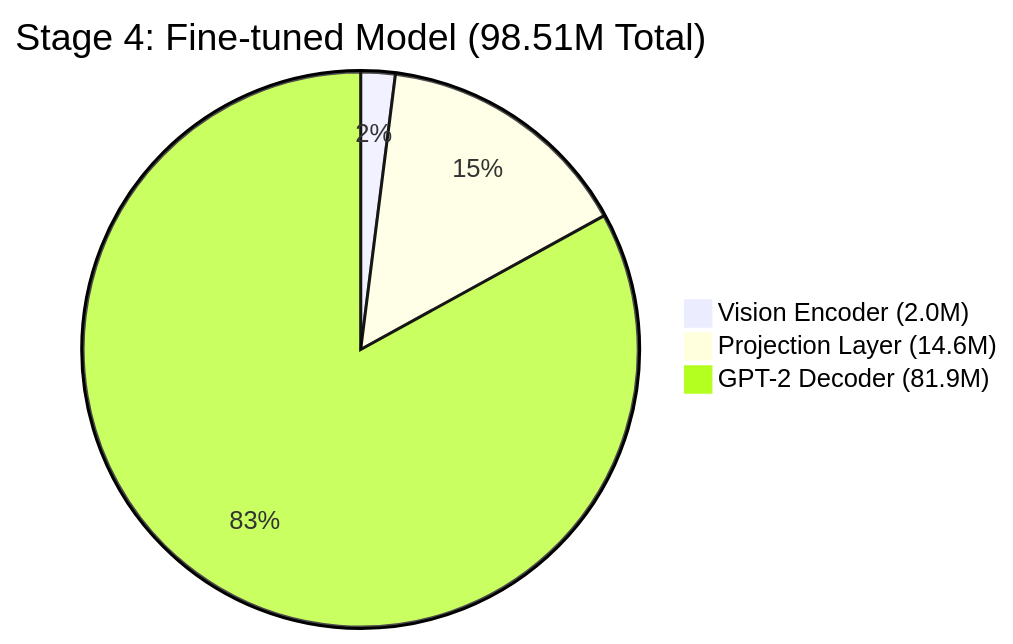
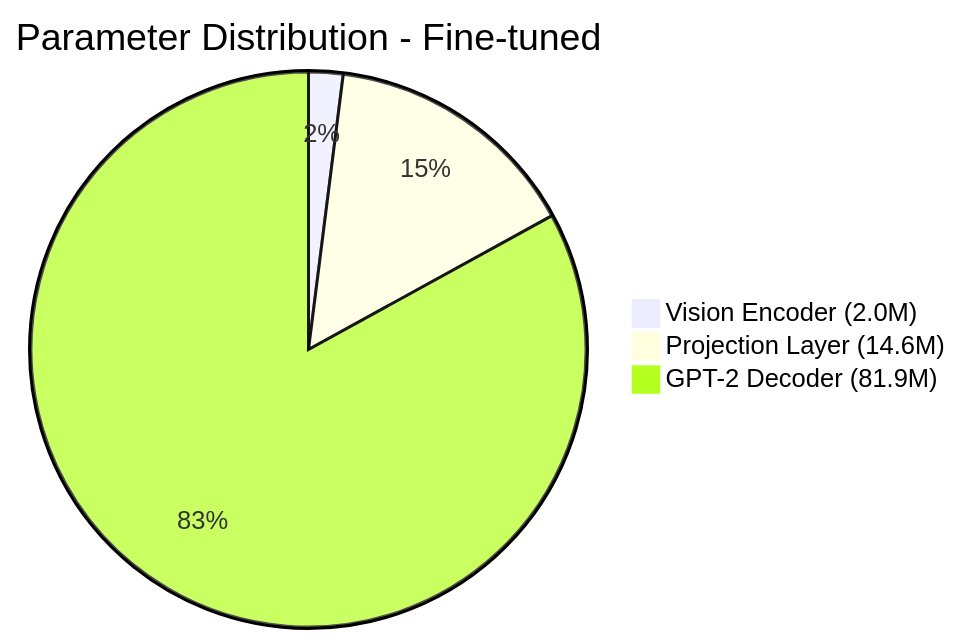
The fifth of 11 diagrams in README.md (rishi02102017/Metafusion-Task), drawn with Mermaid before and after one commit. The commit also changed other lines of this file, not shown here.

Commit message:
Update README with comprehensive 4-stage experimental documentation

````diff
--- a/README.md
+++ b/README.md
@@ -183,6 +312,6 @@
 ```mermaid
-pie title Stage 4: Fine-tuned Model (98.51M Total)
+pie title Parameter Distribution - Fine-tuned
     "Vision Encoder (2.0M)" : 2
     "Projection Layer (14.6M)" : 15
     "GPT-2 Decoder (81.9M)" : 83
 ```
````
